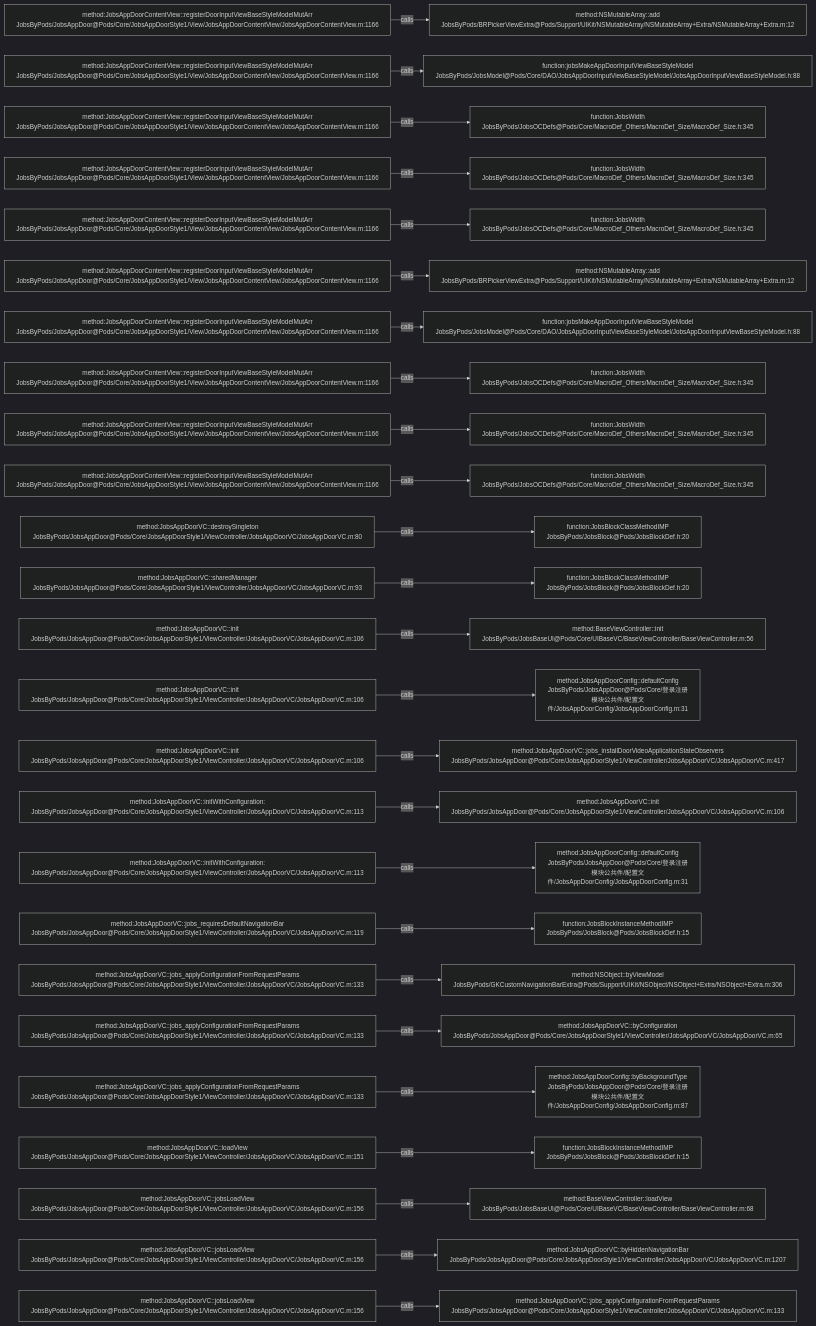
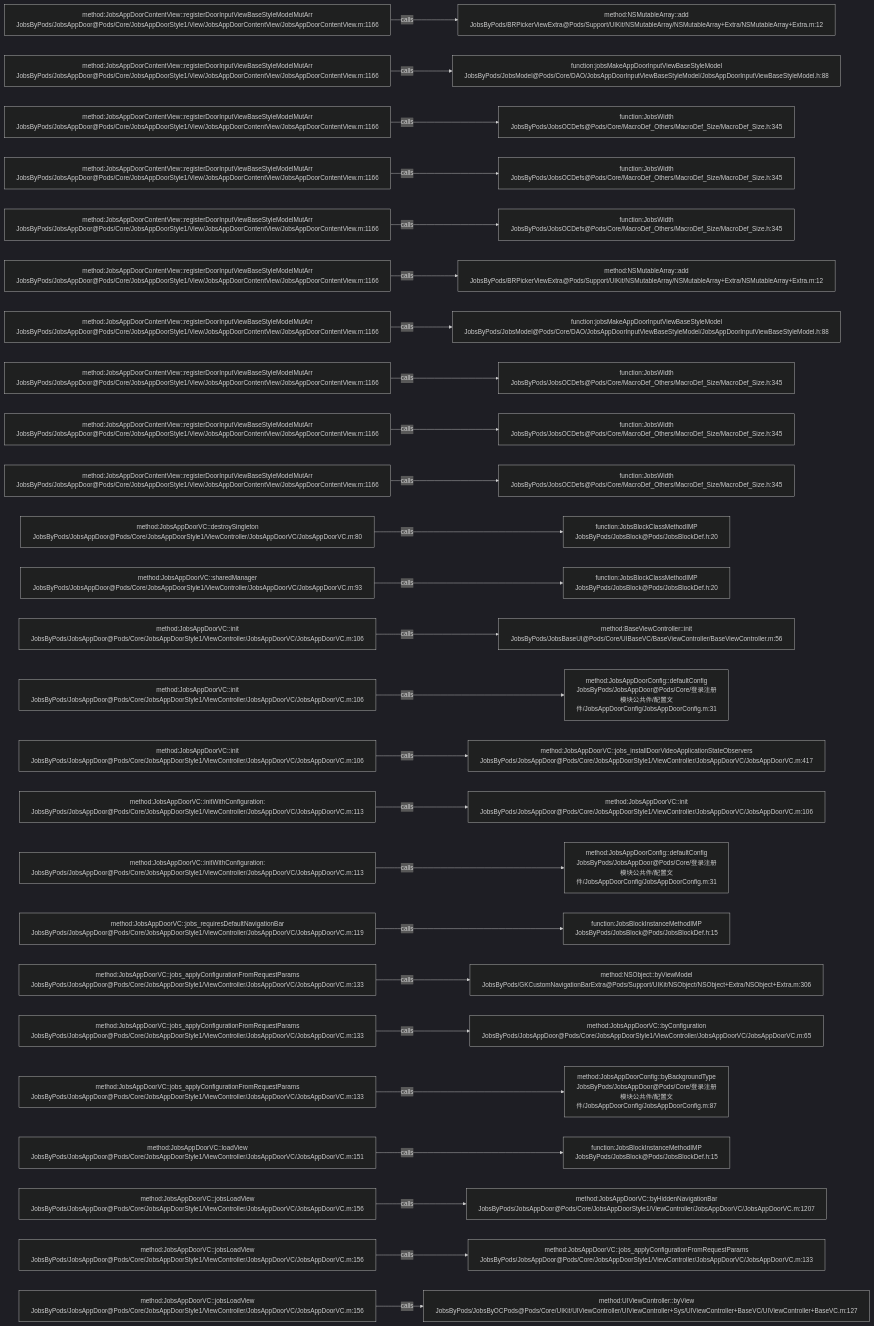
Before and after one commit to JobsKits/JobsOCBaseConfigDemo: the diagram in .codegraph/codegraph.md/graphs/calls-104.md, drawn with Mermaid (dark theme). The commit also changed 116 other files, not shown here.

````diff
--- a/.codegraph/codegraph.md/graphs/calls-104.md
+++ b/.codegraph/codegraph.md/graphs/calls-104.md
@@ -13,78 +13,78 @@
 ```mermaid
 flowchart LR
   S1["method:JobsAppDoorContentView::registerDoorInputViewBaseStyleModelMutArr<br/>JobsByPods/JobsAppDoor@Pods/Core/JobsAppDoorStyle1/View/JobsAppDoorContentView/JobsAppDoorContentView.m:1166"]
   T1["method:NSMutableArray::add<br/>JobsByPods/BRPickerViewExtra@Pods/Support/UIKit/NSMutableArray/NSMutableArray+Extra/NSMutableArray+Extra.m:12"]
   S1 -->|calls| T1
   S2["method:JobsAppDoorContentView::registerDoorInputViewBaseStyleModelMutArr<br/>JobsByPods/JobsAppDoor@Pods/Core/JobsAppDoorStyle1/View/JobsAppDoorContentView/JobsAppDoorContentView.m:1166"]
   T2["function:jobsMakeAppDoorInputViewBaseStyleModel<br/>JobsByPods/JobsModel@Pods/Core/DAO/JobsAppDoorInputViewBaseStyleModel/JobsAppDoorInputViewBaseStyleModel.h:88"]
   S2 -->|calls| T2
   S3["method:JobsAppDoorContentView::registerDoorInputViewBaseStyleModelMutArr<br/>JobsByPods/JobsAppDoor@Pods/Core/JobsAppDoorStyle1/View/JobsAppDoorContentView/JobsAppDoorContentView.m:1166"]
   T3["function:JobsWidth<br/>JobsByPods/JobsOCDefs@Pods/Core/MacroDef_Others/MacroDef_Size/MacroDef_Size.h:345"]
   S3 -->|calls| T3
   S4["method:JobsAppDoorContentView::registerDoorInputViewBaseStyleModelMutArr<br/>JobsByPods/JobsAppDoor@Pods/Core/JobsAppDoorStyle1/View/JobsAppDoorContentView/JobsAppDoorContentView.m:1166"]
   T4["function:JobsWidth<br/>JobsByPods/JobsOCDefs@Pods/Core/MacroDef_Others/MacroDef_Size/MacroDef_Size.h:345"]
   S4 -->|calls| T4
   S5["method:JobsAppDoorContentView::registerDoorInputViewBaseStyleModelMutArr<br/>JobsByPods/JobsAppDoor@Pods/Core/JobsAppDoorStyle1/View/JobsAppDoorContentView/JobsAppDoorContentView.m:1166"]
   T5["function:JobsWidth<br/>JobsByPods/JobsOCDefs@Pods/Core/MacroDef_Others/MacroDef_Size/MacroDef_Size.h:345"]
   S5 -->|calls| T5
   S6["method:JobsAppDoorContentView::registerDoorInputViewBaseStyleModelMutArr<br/>JobsByPods/JobsAppDoor@Pods/Core/JobsAppDoorStyle1/View/JobsAppDoorContentView/JobsAppDoorContentView.m:1166"]
   T6["method:NSMutableArray::add<br/>JobsByPods/BRPickerViewExtra@Pods/Support/UIKit/NSMutableArray/NSMutableArray+Extra/NSMutableArray+Extra.m:12"]
   S6 -->|calls| T6
   S7["method:JobsAppDoorContentView::registerDoorInputViewBaseStyleModelMutArr<br/>JobsByPods/JobsAppDoor@Pods/Core/JobsAppDoorStyle1/View/JobsAppDoorContentView/JobsAppDoorContentView.m:1166"]
   T7["function:jobsMakeAppDoorInputViewBaseStyleModel<br/>JobsByPods/JobsModel@Pods/Core/DAO/JobsAppDoorInputViewBaseStyleModel/JobsAppDoorInputViewBaseStyleModel.h:88"]
   S7 -->|calls| T7
   S8["method:JobsAppDoorContentView::registerDoorInputViewBaseStyleModelMutArr<br/>JobsByPods/JobsAppDoor@Pods/Core/JobsAppDoorStyle1/View/JobsAppDoorContentView/JobsAppDoorContentView.m:1166"]
   T8["function:JobsWidth<br/>JobsByPods/JobsOCDefs@Pods/Core/MacroDef_Others/MacroDef_Size/MacroDef_Size.h:345"]
   S8 -->|calls| T8
   S9["method:JobsAppDoorContentView::registerDoorInputViewBaseStyleModelMutArr<br/>JobsByPods/JobsAppDoor@Pods/Core/JobsAppDoorStyle1/View/JobsAppDoorContentView/JobsAppDoorContentView.m:1166"]
   T9["function:JobsWidth<br/>JobsByPods/JobsOCDefs@Pods/Core/MacroDef_Others/MacroDef_Size/MacroDef_Size.h:345"]
   S9 -->|calls| T9
   S10["method:JobsAppDoorContentView::registerDoorInputViewBaseStyleModelMutArr<br/>JobsByPods/JobsAppDoor@Pods/Core/JobsAppDoorStyle1/View/JobsAppDoorContentView/JobsAppDoorContentView.m:1166"]
   T10["function:JobsWidth<br/>JobsByPods/JobsOCDefs@Pods/Core/MacroDef_Others/MacroDef_Size/MacroDef_Size.h:345"]
   S10 -->|calls| T10
   S11["method:JobsAppDoorVC::destroySingleton<br/>JobsByPods/JobsAppDoor@Pods/Core/JobsAppDoorStyle1/ViewController/JobsAppDoorVC/JobsAppDoorVC.m:80"]
   T11["function:JobsBlockClassMethodIMP<br/>JobsByPods/JobsBlock@Pods/JobsBlockDef.h:20"]
   S11 -->|calls| T11
   S12["method:JobsAppDoorVC::sharedManager<br/>JobsByPods/JobsAppDoor@Pods/Core/JobsAppDoorStyle1/ViewController/JobsAppDoorVC/JobsAppDoorVC.m:93"]
   T12["function:JobsBlockClassMethodIMP<br/>JobsByPods/JobsBlock@Pods/JobsBlockDef.h:20"]
   S12 -->|calls| T12
   S13["method:JobsAppDoorVC::init<br/>JobsByPods/JobsAppDoor@Pods/Core/JobsAppDoorStyle1/ViewController/JobsAppDoorVC/JobsAppDoorVC.m:106"]
   T13["method:BaseViewController::init<br/>JobsByPods/JobsBaseUI@Pods/Core/UIBaseVC/BaseViewController/BaseViewController.m:56"]
   S13 -->|calls| T13
   S14["method:JobsAppDoorVC::init<br/>JobsByPods/JobsAppDoor@Pods/Core/JobsAppDoorStyle1/ViewController/JobsAppDoorVC/JobsAppDoorVC.m:106"]
   T14["method:JobsAppDoorConfig::defaultConfig<br/>JobsByPods/JobsAppDoor@Pods/Core/登录注册模块公共件/配置文件/JobsAppDoorConfig/JobsAppDoorConfig.m:31"]
   S14 -->|calls| T14
   S15["method:JobsAppDoorVC::init<br/>JobsByPods/JobsAppDoor@Pods/Core/JobsAppDoorStyle1/ViewController/JobsAppDoorVC/JobsAppDoorVC.m:106"]
   T15["method:JobsAppDoorVC::jobs_installDoorVideoApplicationStateObservers<br/>JobsByPods/JobsAppDoor@Pods/Core/JobsAppDoorStyle1/ViewController/JobsAppDoorVC/JobsAppDoorVC.m:417"]
   S15 -->|calls| T15
   S16["method:JobsAppDoorVC::initWithConfiguration:<br/>JobsByPods/JobsAppDoor@Pods/Core/JobsAppDoorStyle1/ViewController/JobsAppDoorVC/JobsAppDoorVC.m:113"]
   T16["method:JobsAppDoorVC::init<br/>JobsByPods/JobsAppDoor@Pods/Core/JobsAppDoorStyle1/ViewController/JobsAppDoorVC/JobsAppDoorVC.m:106"]
   S16 -->|calls| T16
   S17["method:JobsAppDoorVC::initWithConfiguration:<br/>JobsByPods/JobsAppDoor@Pods/Core/JobsAppDoorStyle1/ViewController/JobsAppDoorVC/JobsAppDoorVC.m:113"]
   T17["method:JobsAppDoorConfig::defaultConfig<br/>JobsByPods/JobsAppDoor@Pods/Core/登录注册模块公共件/配置文件/JobsAppDoorConfig/JobsAppDoorConfig.m:31"]
   S17 -->|calls| T17
   S18["method:JobsAppDoorVC::jobs_requiresDefaultNavigationBar<br/>JobsByPods/JobsAppDoor@Pods/Core/JobsAppDoorStyle1/ViewController/JobsAppDoorVC/JobsAppDoorVC.m:119"]
   T18["function:JobsBlockInstanceMethodIMP<br/>JobsByPods/JobsBlock@Pods/JobsBlockDef.h:15"]
   S18 -->|calls| T18
   S19["method:JobsAppDoorVC::jobs_applyConfigurationFromRequestParams<br/>JobsByPods/JobsAppDoor@Pods/Core/JobsAppDoorStyle1/ViewController/JobsAppDoorVC/JobsAppDoorVC.m:133"]
   T19["method:NSObject::byViewModel<br/>JobsByPods/GKCustomNavigationBarExtra@Pods/Support/UIKit/NSObject/NSObject+Extra/NSObject+Extra.m:306"]
   S19 -->|calls| T19
   S20["method:JobsAppDoorVC::jobs_applyConfigurationFromRequestParams<br/>JobsByPods/JobsAppDoor@Pods/Core/JobsAppDoorStyle1/ViewController/JobsAppDoorVC/JobsAppDoorVC.m:133"]
   T20["method:JobsAppDoorVC::byConfiguration<br/>JobsByPods/JobsAppDoor@Pods/Core/JobsAppDoorStyle1/ViewController/JobsAppDoorVC/JobsAppDoorVC.m:65"]
   S20 -->|calls| T20
   S21["method:JobsAppDoorVC::jobs_applyConfigurationFromRequestParams<br/>JobsByPods/JobsAppDoor@Pods/Core/JobsAppDoorStyle1/ViewController/JobsAppDoorVC/JobsAppDoorVC.m:133"]
   T21["method:JobsAppDoorConfig::byBackgroundType<br/>JobsByPods/JobsAppDoor@Pods/Core/登录注册模块公共件/配置文件/JobsAppDoorConfig/JobsAppDoorConfig.m:87"]
   S21 -->|calls| T21
   S22["method:JobsAppDoorVC::loadView<br/>JobsByPods/JobsAppDoor@Pods/Core/JobsAppDoorStyle1/ViewController/JobsAppDoorVC/JobsAppDoorVC.m:151"]
   T22["function:JobsBlockInstanceMethodIMP<br/>JobsByPods/JobsBlock@Pods/JobsBlockDef.h:15"]
   S22 -->|calls| T22
   S23["method:JobsAppDoorVC::jobsLoadView<br/>JobsByPods/JobsAppDoor@Pods/Core/JobsAppDoorStyle1/ViewController/JobsAppDoorVC/JobsAppDoorVC.m:156"]
-  T23["method:BaseViewController::loadView<br/>JobsByPods/JobsBaseUI@Pods/Core/UIBaseVC/BaseViewController/BaseViewController.m:68"]
+  T23["method:JobsAppDoorVC::byHiddenNavigationBar<br/>JobsByPods/JobsAppDoor@Pods/Core/JobsAppDoorStyle1/ViewController/JobsAppDoorVC/JobsAppDoorVC.m:1207"]
   S23 -->|calls| T23
   S24["method:JobsAppDoorVC::jobsLoadView<br/>JobsByPods/JobsAppDoor@Pods/Core/JobsAppDoorStyle1/ViewController/JobsAppDoorVC/JobsAppDoorVC.m:156"]
-  T24["method:JobsAppDoorVC::byHiddenNavigationBar<br/>JobsByPods/JobsAppDoor@Pods/Core/JobsAppDoorStyle1/ViewController/JobsAppDoorVC/JobsAppDoorVC.m:1207"]
+  T24["method:JobsAppDoorVC::jobs_applyConfigurationFromRequestParams<br/>JobsByPods/JobsAppDoor@Pods/Core/JobsAppDoorStyle1/ViewController/JobsAppDoorVC/JobsAppDoorVC.m:133"]
   S24 -->|calls| T24
   S25["method:JobsAppDoorVC::jobsLoadView<br/>JobsByPods/JobsAppDoor@Pods/Core/JobsAppDoorStyle1/ViewController/JobsAppDoorVC/JobsAppDoorVC.m:156"]
-  T25["method:JobsAppDoorVC::jobs_applyConfigurationFromRequestParams<br/>JobsByPods/JobsAppDoor@Pods/Core/JobsAppDoorStyle1/ViewController/JobsAppDoorVC/JobsAppDoorVC.m:133"]
+  T25["method:UIViewController::byView<br/>JobsByPods/JobsByOCPods@Pods/Core/UIKit/UIViewController/UIViewController+Sys/UIViewController+BaseVC/UIViewController+BaseVC.m:127"]
   S25 -->|calls| T25
 ```
````
